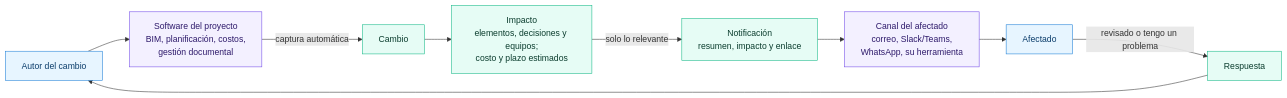
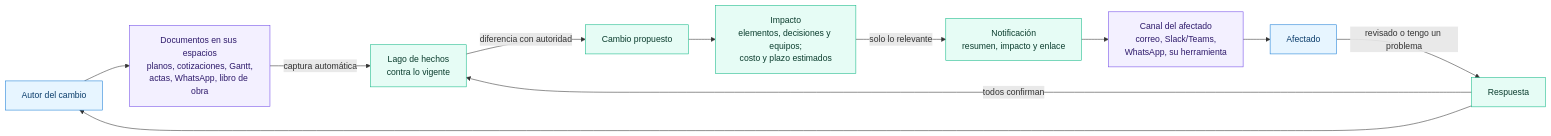
One commit to platanus-hack/platanus-hack-26-cl-team-27 changed the diagram in docs/negocio.md. Above: the diagram before and after it, drawn with Mermaid. The commit also changed other lines of this file and 17 other files, not shown here.

````diff
--- a/docs/negocio.md
+++ b/docs/negocio.md
@@ -27,18 +30,20 @@
 ```mermaid
 flowchart LR
-  autor["Autor del cambio"] --> sw["Software del proyecto<br/>BIM, planificación, costos,<br/>gestión documental"]
-  sw -->|captura automática| cambio["Cambio"]
+  autor["Autor del cambio"] --> sw["Documentos en sus espacios<br/>planos, cotizaciones, Gantt,<br/>actas, WhatsApp, libro de obra"]
+  sw -->|captura automática| lago["Lago de hechos<br/>contra lo vigente"]
+  lago -->|diferencia con autoridad| cambio["Cambio propuesto"]
   cambio --> impacto["Impacto<br/>elementos, decisiones y equipos;<br/>costo y plazo estimados"]
   impacto -->|solo lo relevante| notif["Notificación<br/>resumen, impacto y enlace"]
   notif --> canal["Canal del afectado<br/>correo, Slack/Teams,<br/>WhatsApp, su herramienta"]
   canal --> afectado["Afectado"]
   afectado -->|revisado o tengo un problema| respuesta["Respuesta"]
+  respuesta -->|todos confirman| lago
   respuesta --> autor
 
   classDef actor fill:#E7F5FF,stroke:#1C7ED6,color:#0B3D6B
   classDef domain fill:#E6FCF5,stroke:#12B886,color:#0B3D2E
   classDef external fill:#F3F0FF,stroke:#7048E8,color:#2E1A6B
   class autor,afectado actor
-  class cambio,impacto,notif,respuesta domain
+  class lago,cambio,impacto,notif,respuesta domain
   class sw,canal external
 ```
````
